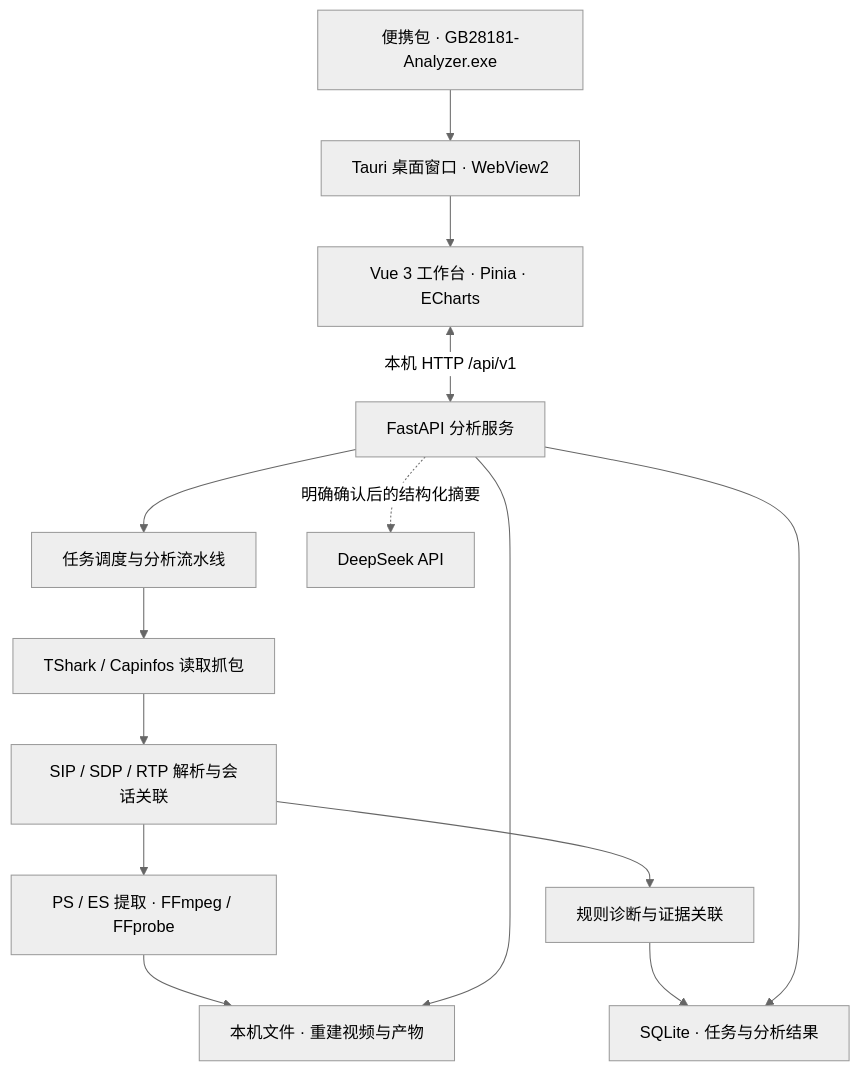
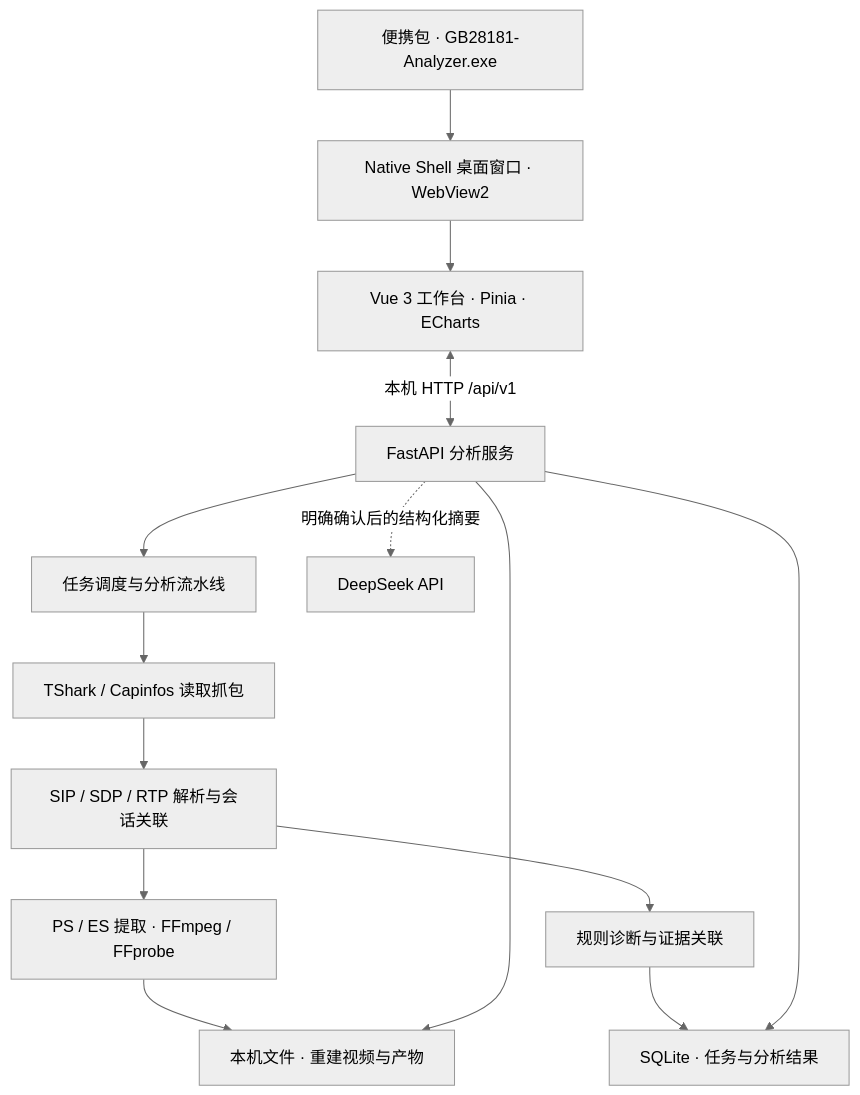
Before and after one commit to CiallorZ/GB28181-Analyzer: the second of 2 diagrams in README.md, drawn with Mermaid (neutral theme). The commit also changed other lines of this file and 106 other files, not shown here.

Commit message:
Release 1.4.0: unify the diagnostic workspace and ship the Rust-supervised Native Shell desktop

````diff
--- a/README.md
+++ b/README.md
@@ -66,16 +68,16 @@
 ```mermaid
 flowchart TD
-    EXE["便携包 · GB28181-Analyzer.exe"] --> SHELL["Tauri 桌面窗口 · WebView2"]
+    EXE["便携包 · GB28181-Analyzer.exe"] --> SHELL["Native Shell 桌面窗口 · WebView2"]
     SHELL --> UI["Vue 3 工作台 · Pinia · ECharts"]
     UI <-->|"本机 HTTP /api/v1"| API["FastAPI 分析服务"]
     API --> TASK["任务调度与分析流水线"]
     TASK --> READ["TShark / Capinfos 读取抓包"]
     READ --> PARSE["SIP / SDP / RTP 解析与会话关联"]
     PARSE --> MEDIA["PS / ES 提取 · FFmpeg / FFprobe"]
     PARSE --> RULE["规则诊断与证据关联"]
     RULE --> DB["SQLite · 任务与分析结果"]
     MEDIA --> FILES["本机文件 · 重建视频与产物"]
     API --> DB
     API --> FILES
     API -. "明确确认后的结构化摘要" .-> AI["DeepSeek API"]
 ```
````
